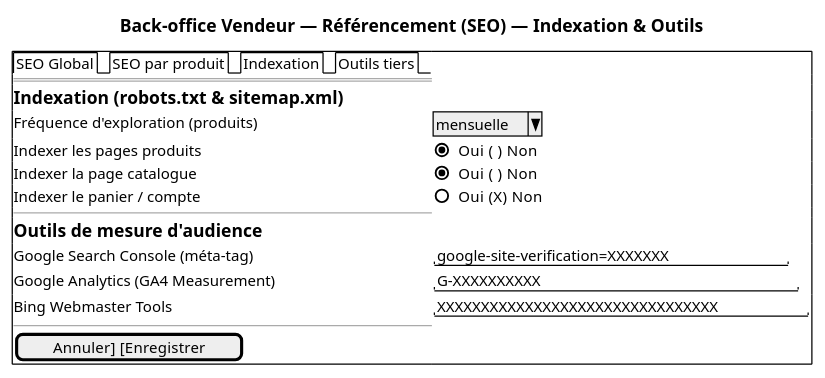
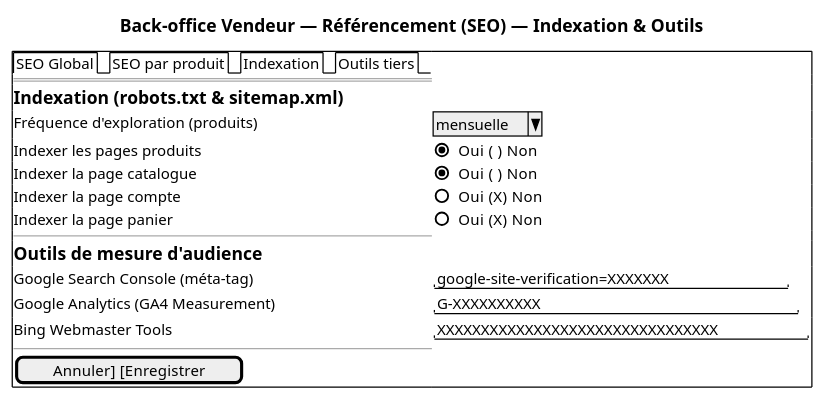
Diagram 43 of 50 in architecture/04-physical-architecture/pa.adoc (louistalvande/online_shop), drawn with PlantUML before and after one commit. The commit also changed other lines of this file, not shown here.

First line of the commit message:
architecture: pa.adoc — session-expiry (CPA-18) + fix stale data model

```diff
--- a/architecture/04-physical-architecture/pa.adoc
+++ b/architecture/04-physical-architecture/pa.adoc
@@ -928,25 +925,26 @@
 [plantuml, ihm-bov-seo-indexation, svg]
 ----
 @startsalt
 ' PA — Back-office Vendeur (composant-seo)
 ' Fonctions allouées : FS-V19 (robots.txt / sitemap), FS-V20 (codes de vérification)
 title Back-office Vendeur — Référencement (SEO) — Indexation & Outils
 
 {+
   {/ SEO Global | SEO par produit | Indexation | Outils tiers }
   ==
   == Indexation (robots.txt & sitemap.xml)
   Fréquence d'exploration (produits) | ^mensuelle^
   Indexer les pages produits          | (X) Oui  ( ) Non
   Indexer la page catalogue           | (X) Oui  ( ) Non
-  Indexer le panier / compte          | ( ) Oui  (X) Non
+  Indexer la page compte               | ( ) Oui  (X) Non
+  Indexer la page panier               | ( ) Oui  (X) Non
   --
   == Outils de mesure d'audience
   Google Search Console (méta-tag)   | "google-site-verification=XXXXXXX   "
   Google Analytics (GA4 Measurement) | "G-XXXXXXXXXX                        "
   Bing Webmaster Tools               | "XXXXXXXXXXXXXXXXXXXXXXXXXXXXXXXX     "
   --
   [Annuler]  [Enregistrer]
 }
 @endsalt
 ----
```
